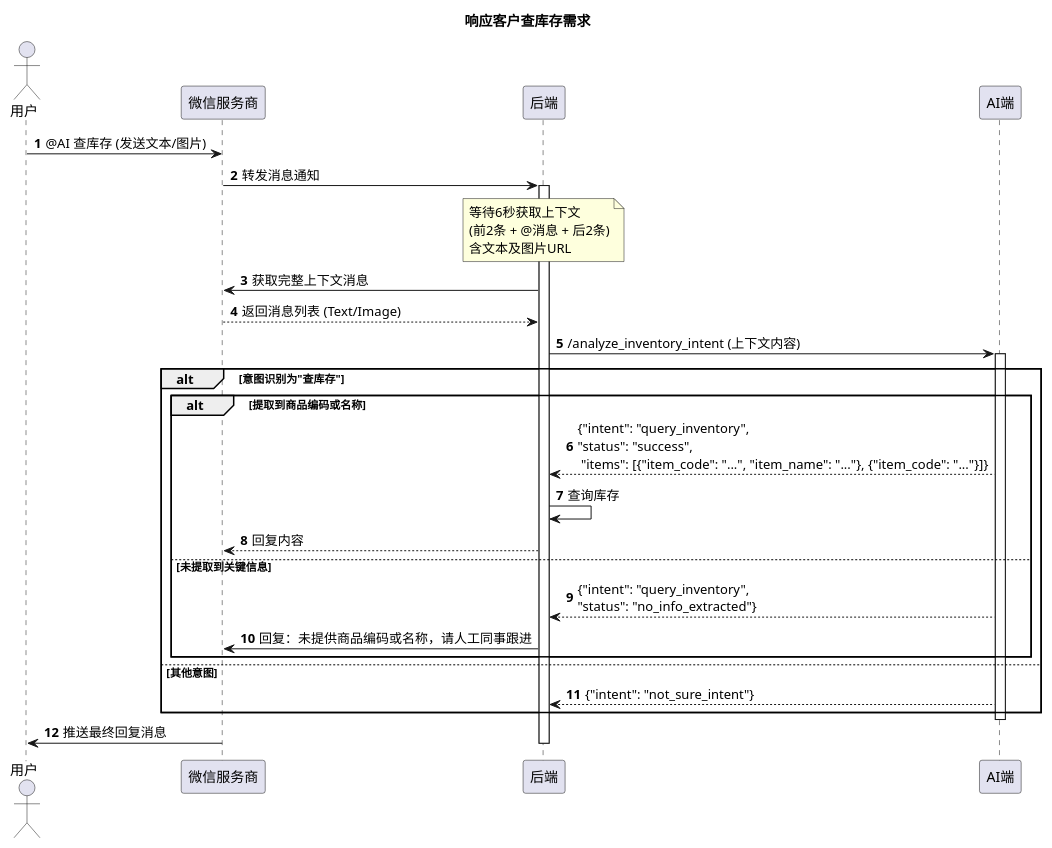
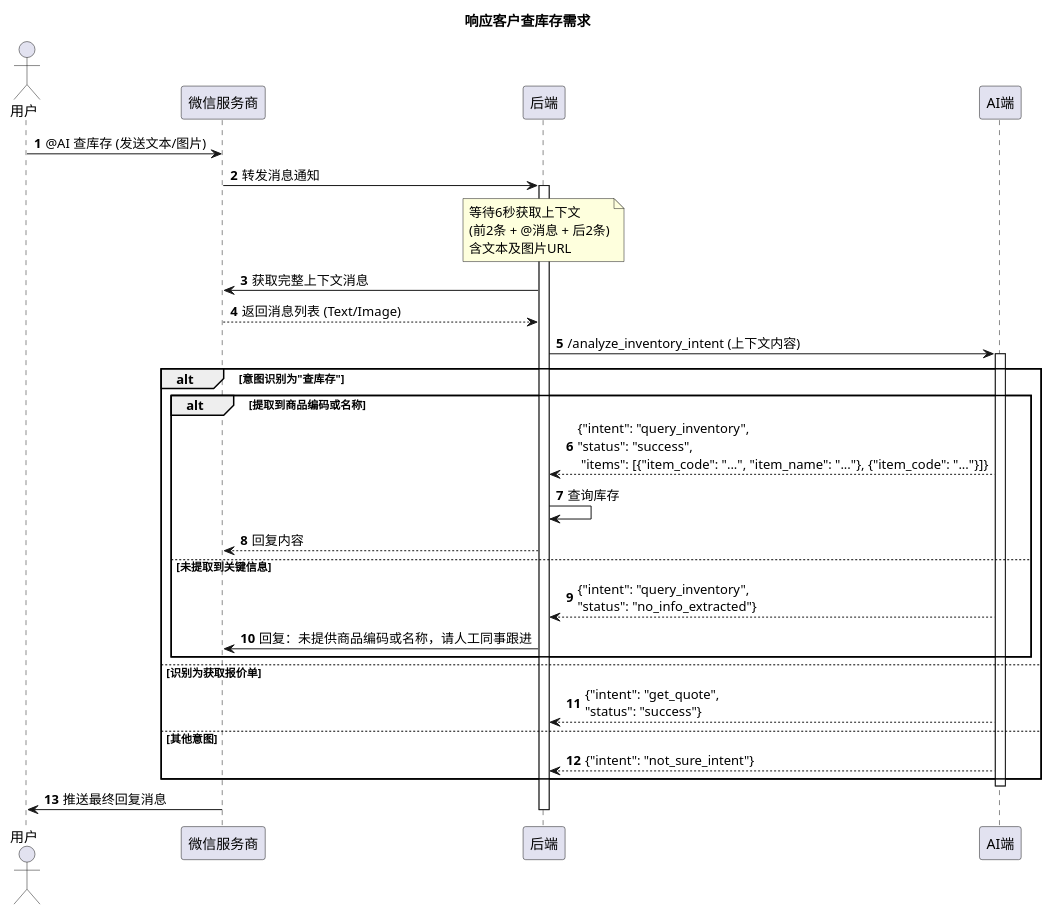
Before and after one commit to h-summit/lucky_box_ai: the second of 2 diagrams in README.md, drawn with PlantUML. The commit also changed other lines of this file and 4 other files, not shown here.

Commit message:
Add get_quote intent detection

````diff
--- a/README.md
+++ b/README.md
@@ -309,46 +313,49 @@
 ```plantuml
 @startuml
 title 响应客户查库存需求
 
 actor "用户" as User
 participant "微信服务商" as WechatService
 participant "后端" as Backend
 participant "AI端" as AI
 
 autonumber
 
 User -> WechatService: @AI 查库存 (发送文本/图片)
 WechatService -> Backend: 转发消息通知
 activate Backend
 
 note over Backend: 等待6秒获取上下文\n(前2条 + @消息 + 后2条)\n含文本及图片URL
 
 Backend -> WechatService: 获取完整上下文消息
 WechatService --> Backend: 返回消息列表 (Text/Image)
 
 Backend -> AI: /analyze_inventory_intent (上下文内容)
 activate AI
 
 alt 意图识别为"查库存"
 
     alt 提取到商品编码或名称
         AI --> Backend: {"intent": "query_inventory", \n"status": "success", \n "items": [{"item_code": "...", "item_name": "..."}, {"item_code": "..."}]}
 
         Backend -> Backend: 查询库存
         Backend --> WechatService: 回复内容
 
     else 未提取到关键信息
         AI --> Backend: {"intent": "query_inventory", \n"status": "no_info_extracted"}
         Backend -> WechatService: 回复：未提供商品编码或名称，请人工同事跟进
     end
 
+else 识别为获取报价单
+    AI --> Backend: {"intent": "get_quote", \n"status": "success"}
+
 else 其他意图
     AI --> Backend: {"intent": "not_sure_intent"}
 end
 
 deactivate AI
 WechatService -> User: 推送最终回复消息
 deactivate Backend
 
 @enduml
 ```
````
